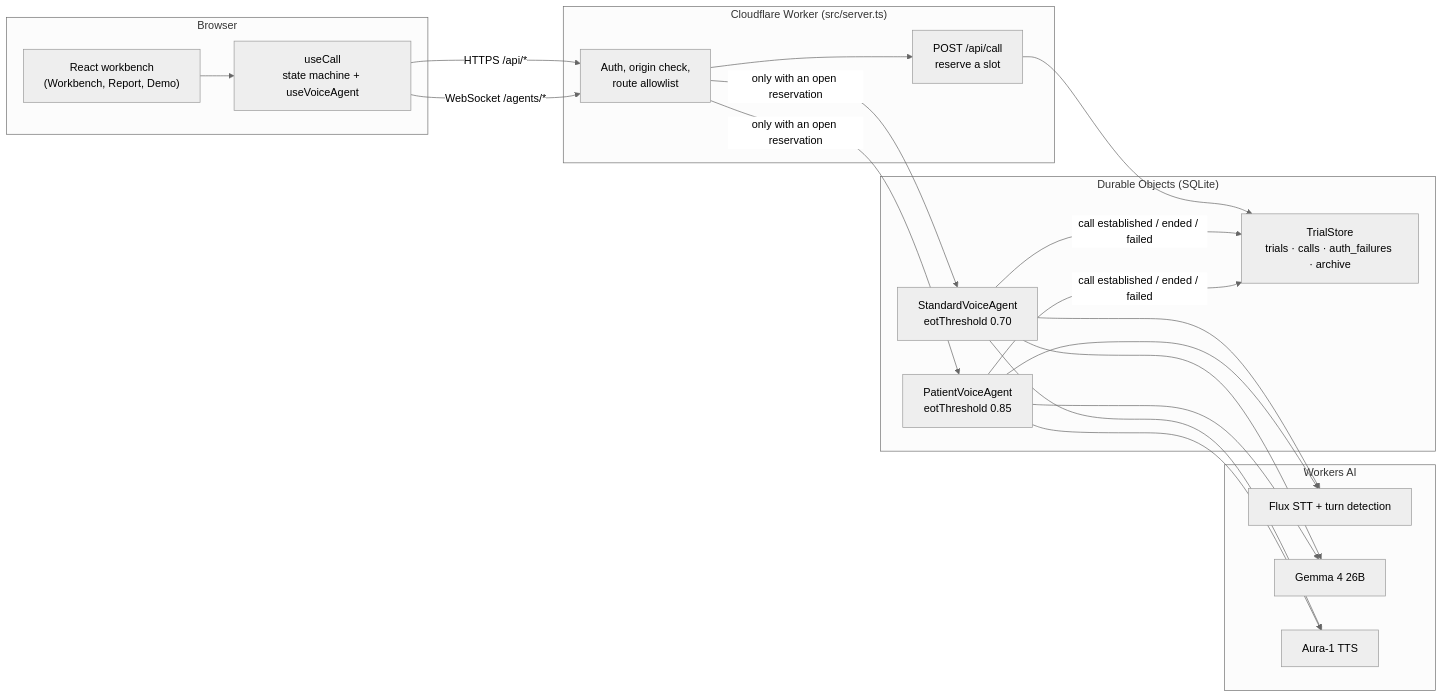
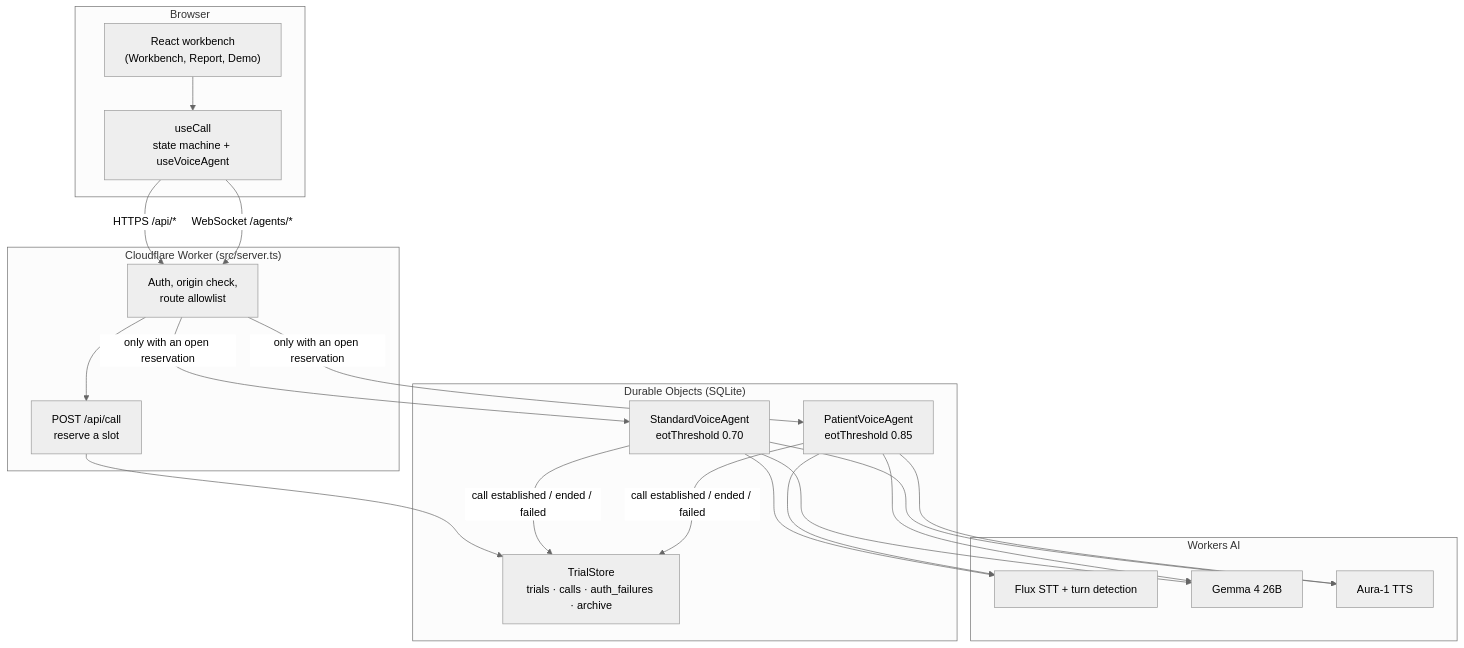
The first of 3 diagrams in README.md (Dakshkumar24/pacelab), drawn with Mermaid (neutral theme) before and after one commit.

Commit message:
README: top-down architecture diagram

````diff
--- a/README.md
+++ b/README.md
@@ -45,28 +45,28 @@
 ```mermaid
-flowchart LR
+flowchart TB
   subgraph Browser
     UI["React workbench<br/>(Workbench, Report, Demo)"]
     Hook["useCall<br/>state machine + useVoiceAgent"]
   end
   subgraph Worker["Cloudflare Worker (src/server.ts)"]
     Gate["Auth, origin check,<br/>route allowlist"]
     Res["POST /api/call<br/>reserve a slot"]
   end
   subgraph DO["Durable Objects (SQLite)"]
     Store["TrialStore<br/>trials · calls · auth_failures · archive"]
     Std["StandardVoiceAgent<br/>eotThreshold 0.70"]
     Pat["PatientVoiceAgent<br/>eotThreshold 0.85"]
   end
   subgraph AI["Workers AI"]
     Flux["Flux STT + turn detection"]
     Gemma["Gemma 4 26B"]
     Aura["Aura-1 TTS"]
   end
   UI --> Hook
   Hook -- "HTTPS /api/*" --> Gate
   Hook -- "WebSocket /agents/*" --> Gate
   Gate --> Res --> Store
   Gate -- "only with an open reservation" --> Std & Pat
   Std & Pat --> Flux & Gemma & Aura
   Std & Pat -- "call established / ended / failed" --> Store
 ```
````
